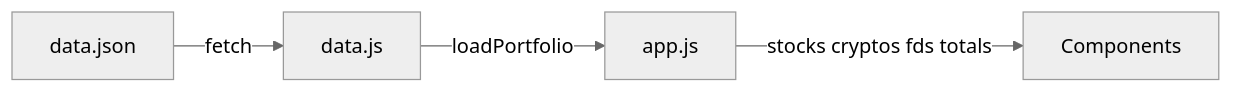
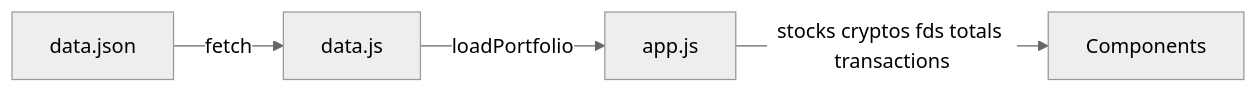
One commit to IT21004186/PIP-Web-App changed the diagram in README.md. Above: the diagram before and after it, drawn with Mermaid (neutral theme). The commit also changed other lines of this file and 1 other file, not shown here.

````diff
--- a/README.md
+++ b/README.md
@@ -40,10 +53,10 @@
 ```mermaid
 flowchart LR
     datajson[data.json]
     datajs[data.js]
     appjs[app.js]
     components[Components]
     datajson -->|fetch| datajs
     datajs -->|loadPortfolio| appjs
-    appjs -->|stocks cryptos fds totals| components
+    appjs -->|stocks cryptos fds totals transactions| components
 ```
````
